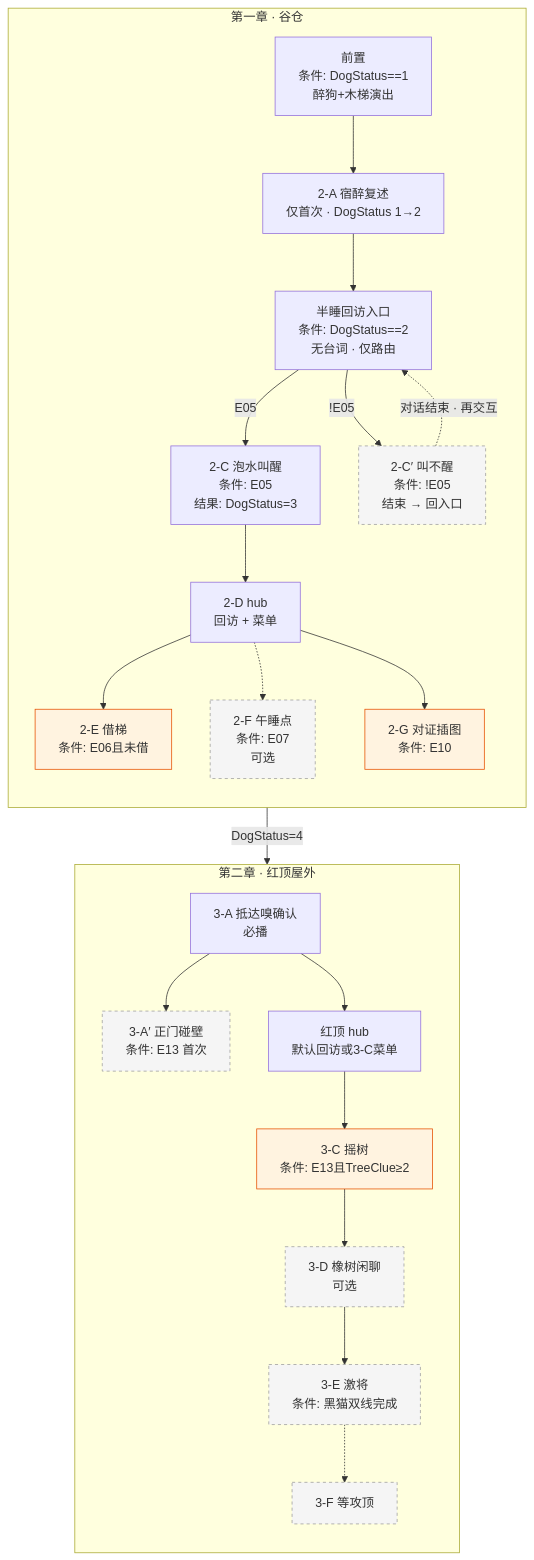
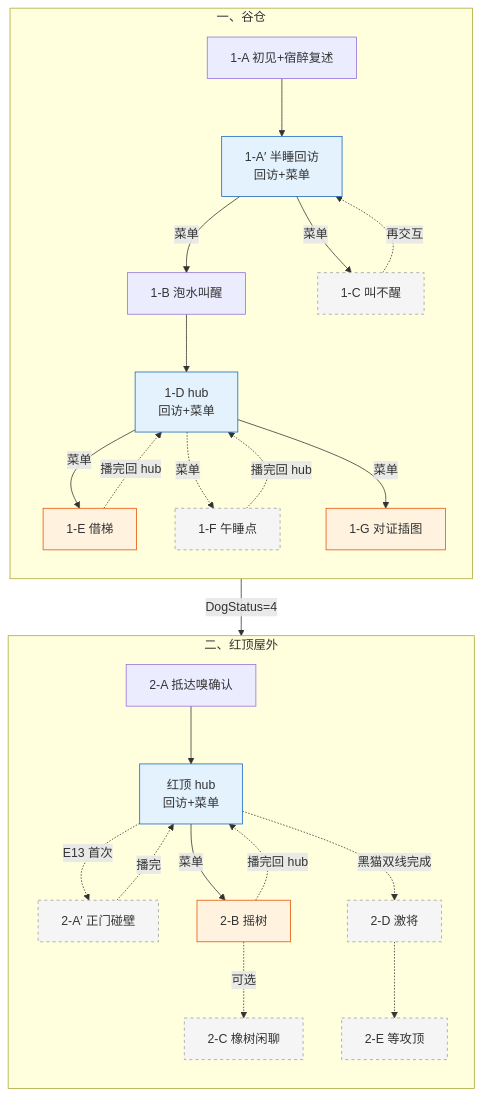
Before and after one commit to bestdtang/MissingEggDoc: the diagram in docs/characters/大黄-对话脚本-树状样章.md, drawn with Mermaid. The commit also changed other lines of this file and 2 other files, not shown here.

````diff
--- a/docs/characters/大黄-对话脚本-树状样章.md
+++ b/docs/characters/大黄-对话脚本-树状样章.md
@@ -40,50 +32,54 @@
 ```mermaid
 flowchart TD
-  subgraph S1 ["第一章 · 谷仓"]
+  subgraph S1 ["一、谷仓"]
     direction TB
-    P1["前置<br/>条件: DogStatus==1<br/>醉狗+木梯演出"]
-    A["2-A 宿醉复述<br/>仅首次 · DogStatus 1→2"]
-    ENT["半睡回访入口<br/>条件: DogStatus==2<br/>无台词 · 仅路由"]
-    CP["2-C′ 叫不醒<br/>条件: !E05<br/>结束 → 回入口"]
-    C["2-C 泡水叫醒<br/>条件: E05<br/>结果: DogStatus=3"]
-    HUB["2-D hub<br/>回访 + 菜单"]
-    E["2-E 借梯<br/>条件: E06且未借"]
-    F["2-F 午睡点<br/>条件: E07<br/>可选"]
-    G["2-G 对证插图<br/>条件: E10"]
+    A["1-A 初见+宿醉复述"]
+    ENT["1-A′ 半睡回访<br/>回访+菜单"]
+    C["1-B 泡水叫醒"]
+    CP["1-C 叫不醒"]
+    HUB["1-D hub<br/>回访+菜单"]
+    E["1-E 借梯"]
+    F["1-F 午睡点"]
+    G["1-G 对证插图"]
 
-    P1 --> A
     A --> ENT
-    ENT -->|E05| C
-    ENT -->|!E05| CP
-    CP -.->|对话结束 · 再交互| ENT
+    ENT -->|菜单| C
+    ENT -->|菜单| CP
+    CP -.->|再交互| ENT
     C --> HUB
-    HUB --> E
-    HUB -.-> F
-    HUB --> G
+    HUB -->|菜单| E
+    HUB -.->|菜单| F
+    HUB -->|菜单| G
+    E -.->|播完回 hub| HUB
+    F -.->|播完回 hub| HUB
   end
 
-  subgraph S2 ["第二章 · 红顶屋外"]
+  subgraph S2 ["二、红顶屋外"]
     direction TB
-    A3["3-A 抵达嗅确认<br/>必播"]
-    AP["3-A′ 正门碰壁<br/>条件: E13 首次"]
-    RHUB["红顶 hub<br/>默认回访或3-C菜单"]
-    CC["3-C 摇树<br/>条件: E13且TreeClue≥2"]
-    D["3-D 橡树闲聊<br/>可选"]
-    EE["3-E 激将<br/>条件: 黑猫双线完成"]
-    FF["3-F 等攻顶"]
+    A3["2-A 抵达嗅确认"]
+    AP["2-A′ 正门碰壁"]
+    RHUB["红顶 hub<br/>回访+菜单"]
+    CC["2-B 摇树"]
+    D["2-C 橡树闲聊"]
+    EE["2-D 激将"]
+    FF["2-E 等攻顶"]
 
-    A3 --> AP
     A3 --> RHUB
-    RHUB --> CC
-    CC --> D
-    D --> EE
+    RHUB -.->|E13 首次| AP
+    AP -.->|播完| RHUB
+    RHUB -->|菜单| CC
+    CC -.->|可选| D
+    CC -.->|播完回 hub| RHUB
+    RHUB -.->|黑猫双线完成| EE
     EE -.-> FF
   end
 
   G -->|DogStatus=4| A3
 
   classDef key fill:#fff3e0,stroke:#e65100
   classDef opt fill:#f5f5f5,stroke:#9e9e9e,stroke-dasharray:4 4
+  classDef hub fill:#e3f2fd,stroke:#1565c0
   class E,G,CC key
   class CP,F,D,EE,FF,AP opt
+  class ENT,HUB,RHUB hub
 ```
````
